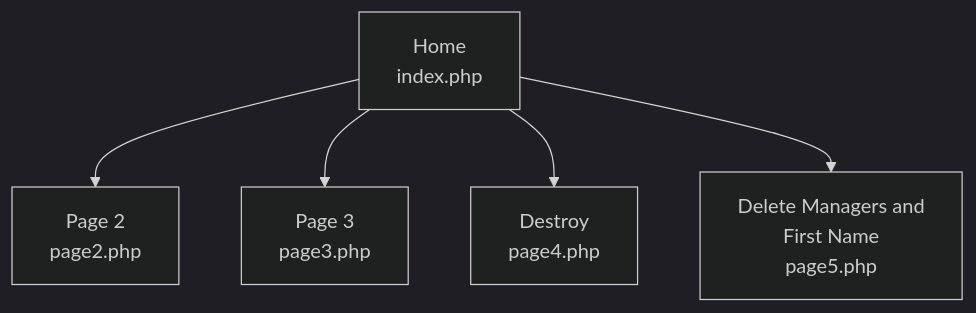
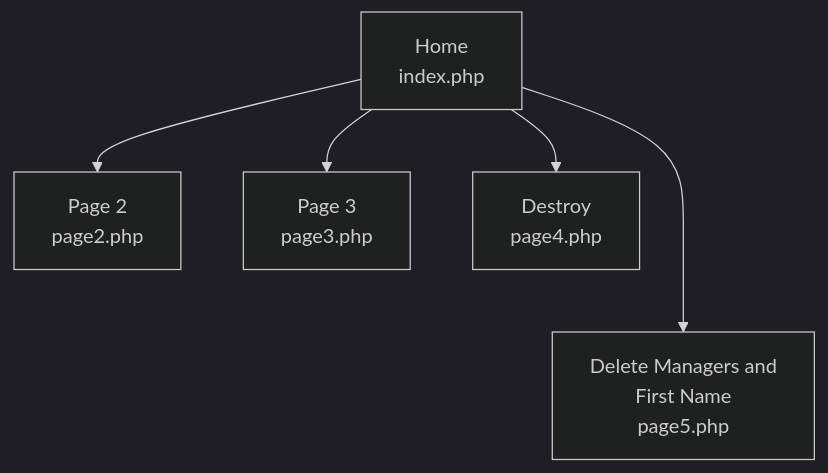
One commit to Montanajim/montanajim.github.io changed the diagram in CSCI210/_sources/wpref/SessionVariables.md. Above: the diagram before and after it, drawn with Mermaid (dark theme). The commit also changed other lines of this file and 25 other files, not shown here.

````diff
--- a/CSCI210/_sources/wpref/SessionVariables.md
+++ b/CSCI210/_sources/wpref/SessionVariables.md
@@ -44,7 +44,7 @@
-```{mermaid}
-flowchart
-A[Home\nindex.php] --> B[Page 2\npage2.php]
-A --> C[Page 3\npage3.php]
-A --> D[Destroy\npage4.php]
-A --> E[Delete Managers and \nFirst Name\npage5.php]
+```mermaid
+flowchart TD
+    A[Home\nindex.php] --> B[Page 2\npage2.php]
+    A --> C[Page 3\npage3.php]
+    A --> D[Destroy\npage4.php]
+    A ---> E[Delete Managers and \nFirst Name\npage5.php]
 ```
````
